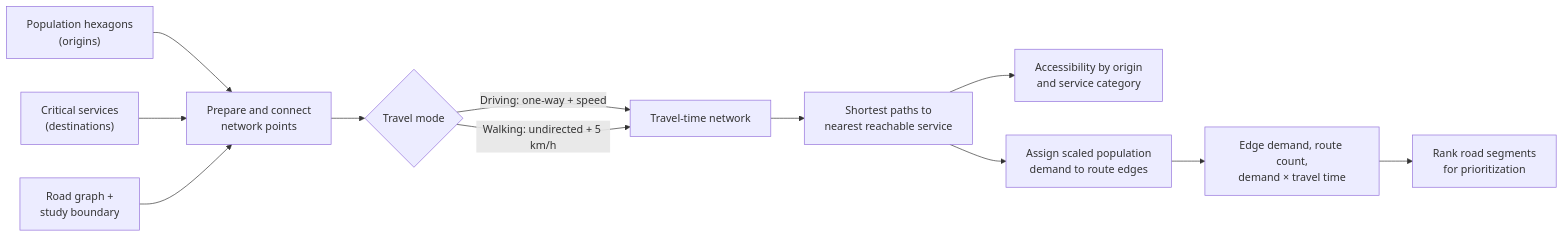
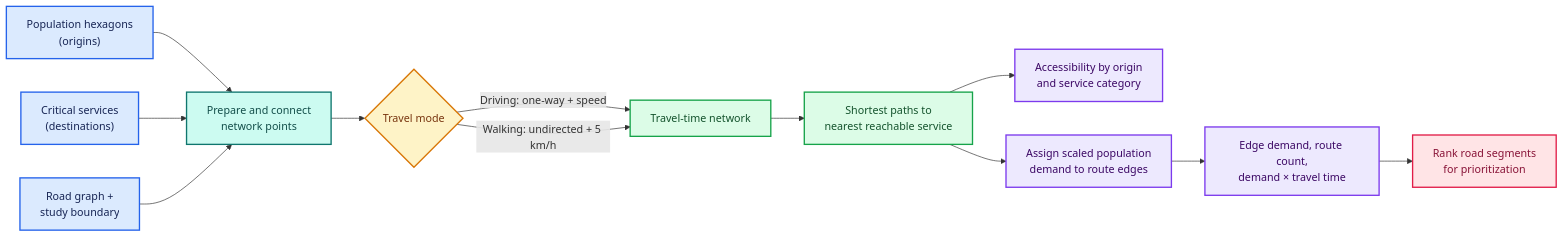
The first of 2 diagrams in README.md (Deltares-research/Urban-Service-Disruption), drawn with Mermaid before and after one commit. The commit also changed other lines of this file, not shown here.

````diff
--- a/README.md
+++ b/README.md
@@ -28,14 +28,27 @@
 ```mermaid
 flowchart LR
     H["Population hexagons<br/>(origins)"] --> S["Prepare and connect<br/>network points"]
     P["Critical services<br/>(destinations)"] --> S
     R["Road graph +<br/>study boundary"] --> S
     S --> M{"Travel mode"}
     M -->|"Driving: one-way + speed"| G["Travel-time network"]
     M -->|"Walking: undirected + 5 km/h"| G
     G --> D["Shortest paths to<br/>nearest reachable service"]
     D --> A["Accessibility by origin<br/>and service category"]
     D --> E["Assign scaled population<br/>demand to route edges"]
     E --> I["Edge demand, route count,<br/>demand × travel time"]
     I --> Q["Rank road segments<br/>for prioritization"]
+
+    classDef input fill:#dbeafe,stroke:#2563eb,color:#172554,stroke-width:2px
+    classDef prep fill:#ccfbf1,stroke:#0f766e,color:#134e4a,stroke-width:2px
+    classDef mode fill:#fef3c7,stroke:#d97706,color:#78350f,stroke-width:2px
+    classDef route fill:#dcfce7,stroke:#16a34a,color:#14532d,stroke-width:2px
+    classDef metric fill:#ede9fe,stroke:#7c3aed,color:#3b0764,stroke-width:2px
+    classDef priority fill:#ffe4e6,stroke:#e11d48,color:#881337,stroke-width:2px
+    class H,P,R input
+    class S prep
+    class M mode
+    class G,D route
+    class A,E,I metric
+    class Q priority
 ```
````
